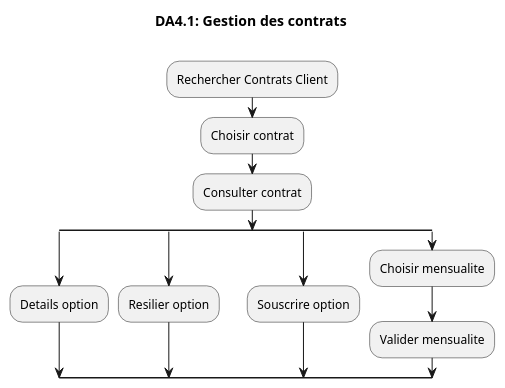
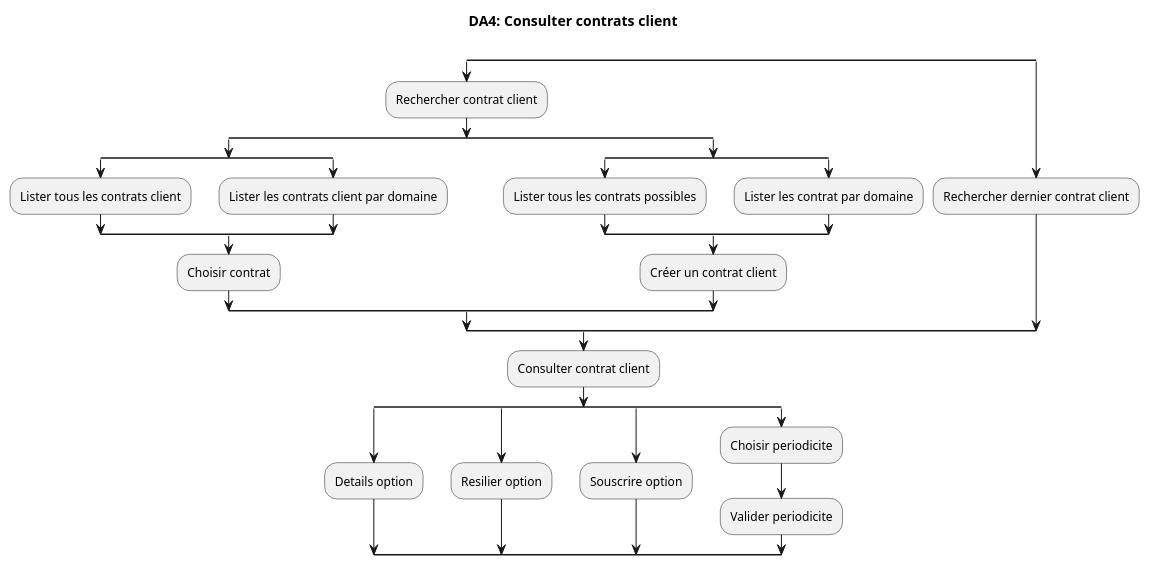
The diagram in CU004 - Gestion des contrats du client (Zone Contrats)/DA004.puml (if-h4102/pld-mars), drawn with PlantUML before and after one commit. The commit also changed 3 other files, not shown here.

```diff
--- a/CU004 - Gestion des contrats du client (Zone Contrats)/DA004.puml
+++ b/CU004 - Gestion des contrats du client (Zone Contrats)/DA004.puml
@@ -1,17 +1,35 @@
 @startuml
-title DA4.1: Gestion des contrats\n
+title DA4: Consulter contrats client\n
+split
+:Rechercher contrat client;
 
-:Rechercher Contrats Client;
-:Choisir contrat;
-:Consulter contrat;
 split
-:Details option;
+	split
+		:Lister tous les contrats client;
+	split again
+		:Lister les contrats client par domaine;
+	end split
+	:Choisir contrat;
 split again
-:Resilier option;
-split again
-:Souscrire option;
-split again
-:Choisir mensualite;
-:Valider mensualite;
+	split
+	:Lister tous les contrats possibles;
+	split again 
+	:Lister les contrat par domaine;
+	end split
+	:Créer un contrat client;
 end split
+split again 
+:Rechercher dernier contrat client;
+end split
+:Consulter contrat client;
+	split
+		:Details option;
+	split again
+		:Resilier option;
+	split again
+		:Souscrire option;
+	split again
+		:Choisir periodicite;
+		:Valider periodicite;
+	end split
 @enduml
```
